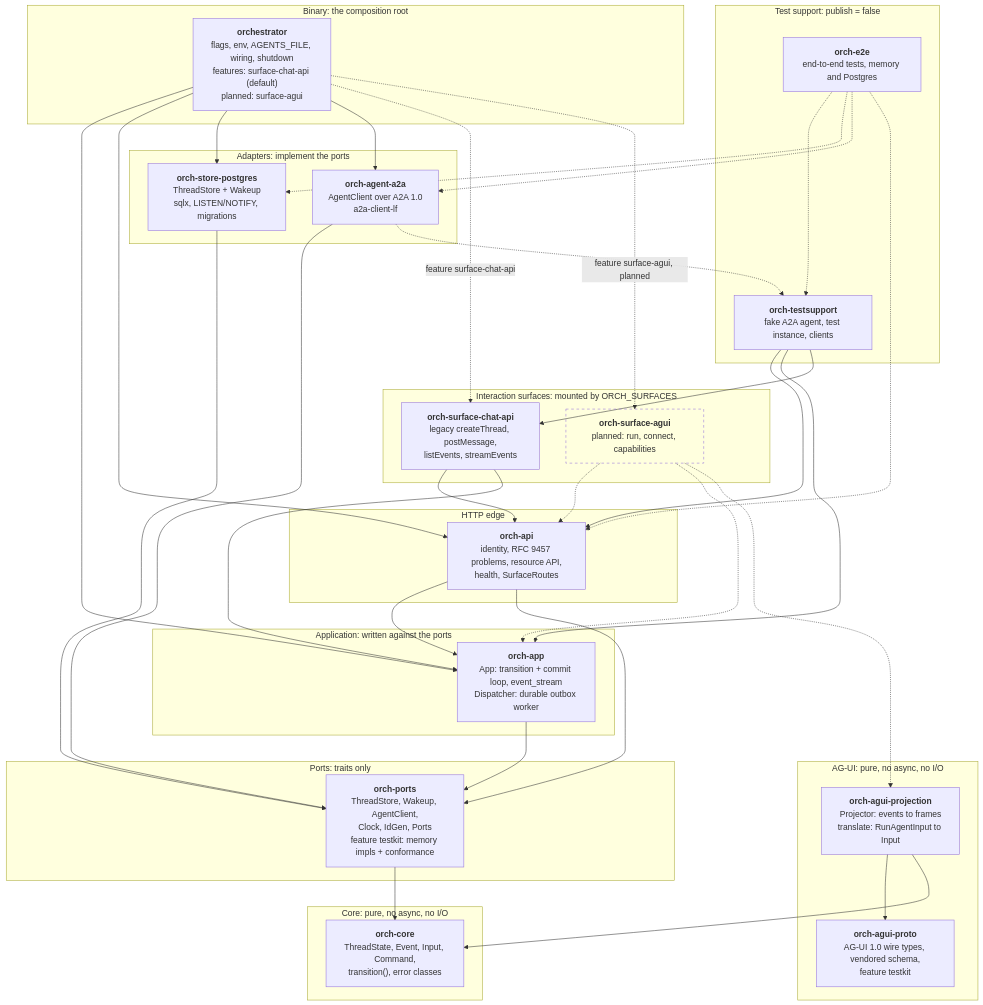
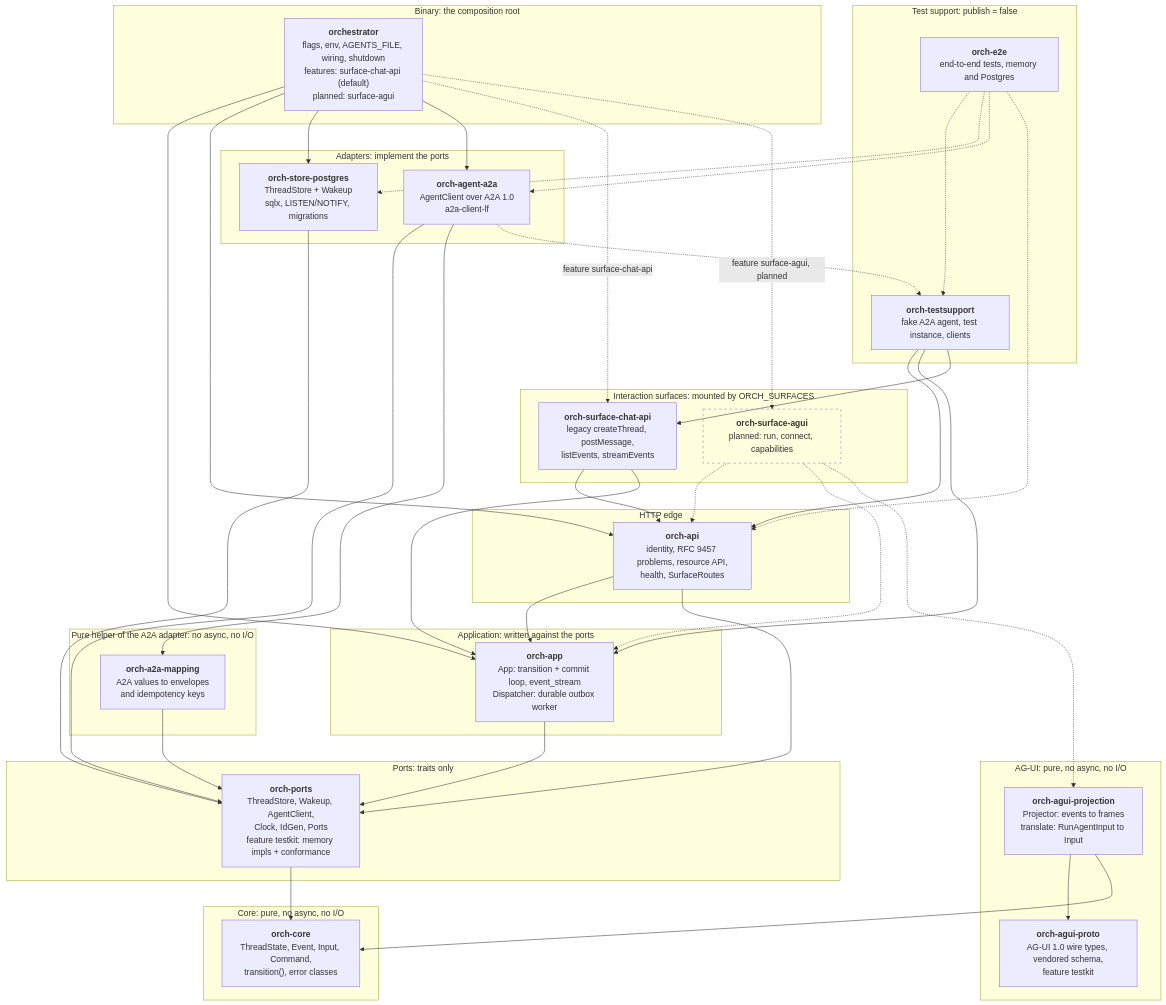
The first of 10 diagrams in docs/orchestrator.md (vymalo/another-agentic-system), drawn with Mermaid before and after one commit. The commit also changed other lines of this file and 12 other files, not shown here.

First line of the commit message:
refactor(orchestrator): the A2A-to-envelope mapping in a pure orch-a2a-mapping crate (#37)

````diff
--- a/docs/orchestrator.md
+++ b/docs/orchestrator.md
@@ -58,64 +58,69 @@
 ```mermaid
 flowchart TB
   subgraph G_CORE["Core: pure, no async, no I/O"]
     core["<b>orch-core</b><br/>ThreadState, Event, Input, Command,<br/>transition(), error classes"]
   end
   subgraph G_PORTS["Ports: traits only"]
     ports["<b>orch-ports</b><br/>ThreadStore, Wakeup, AgentClient,<br/>Clock, IdGen, Ports<br/>feature testkit: memory impls + conformance"]
   end
   subgraph G_ADAPT["Adapters: implement the ports"]
     pg["<b>orch-store-postgres</b><br/>ThreadStore + Wakeup<br/>sqlx, LISTEN/NOTIFY, migrations"]
     a2a["<b>orch-agent-a2a</b><br/>AgentClient over A2A 1.0<br/>a2a-client-lf"]
+  end
+  subgraph G_MAP["Pure helper of the A2A adapter: no async, no I/O"]
+    a2amap["<b>orch-a2a-mapping</b><br/>A2A values to envelopes<br/>and idempotency keys"]
   end
   subgraph G_APP["Application: written against the ports"]
     app["<b>orch-app</b><br/>App: transition + commit loop, event_stream<br/>Dispatcher: durable outbox worker"]
   end
   subgraph G_EDGE["HTTP edge"]
     api["<b>orch-api</b><br/>identity, RFC 9457 problems, resource API,<br/>health, SurfaceRoutes"]
   end
   subgraph G_SURF["Interaction surfaces: mounted by ORCH_SURFACES"]
     chat["<b>orch-surface-chat-api</b><br/>legacy createThread, postMessage,<br/>listEvents, streamEvents"]
     surfagui["<b>orch-surface-agui</b><br/>planned: run, connect, capabilities"]:::planned
   end
   subgraph G_AGUI["AG-UI: pure, no async, no I/O"]
     proto["<b>orch-agui-proto</b><br/>AG-UI 1.0 wire types, vendored schema,<br/>feature testkit"]
     proj["<b>orch-agui-projection</b><br/>Projector: events to frames<br/>translate: RunAgentInput to Input"]
   end
   subgraph G_BIN["Binary: the composition root"]
     bin["<b>orchestrator</b><br/>flags, env, AGENTS_FILE, wiring, shutdown<br/>features: surface-chat-api (default)<br/>planned: surface-agui"]
   end
   subgraph G_TEST["Test support: publish = false"]
     ts["<b>orch-testsupport</b><br/>fake A2A agent, test instance, clients"]
     e2e["<b>orch-e2e</b><br/>end-to-end tests, memory and Postgres"]
   end
 
   ports --> core
   pg --> ports
   a2a --> ports
+  a2a --> a2amap
+  a2amap --> ports
   app --> ports
   api --> app
   api --> ports
   chat --> api
   chat --> app
   proj --> proto
   proj --> core
   bin --> app
   bin --> api
   bin --> pg
   bin --> a2a
   bin -. "feature surface-chat-api" .-> chat
   bin -. "feature surface-agui, planned" .-> surfagui
   surfagui -.-> api
   surfagui -.-> app
   surfagui -.-> proj
   ts --> api
   ts --> app
   ts --> chat
   e2e -.-> ts
   e2e -.-> pg
   e2e -.-> a2a
   e2e -.-> api
   a2a -.-> ts
 
   classDef planned stroke-dasharray: 5 5,fill:none
 ```
````
